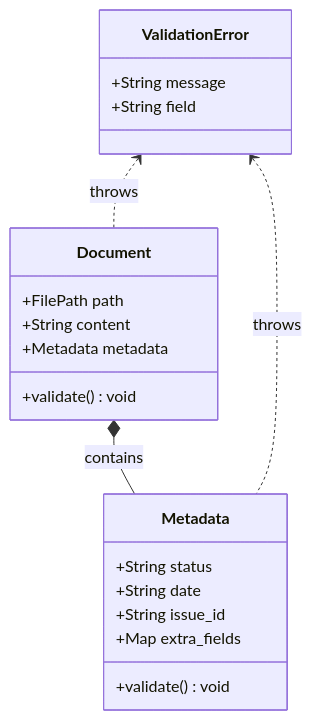
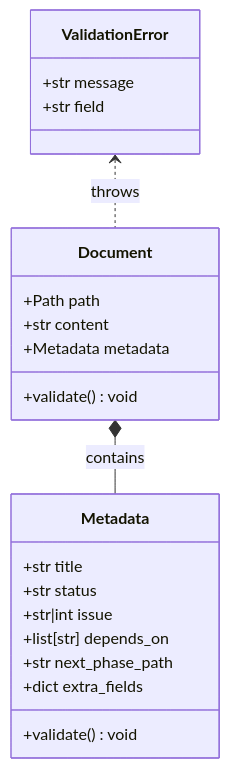
The diagram in docs/specs/data/document_model.md (masa-codehub/issue_creator_kit), drawn with Mermaid before and after one commit. The commit also changed other lines of this file, not shown here.

Commit message:
docs(spec): update document domain model for ADR-003 metadata management

````diff
--- a/docs/specs/data/document_model.md
+++ b/docs/specs/data/document_model.md
@@ -14,24 +10,25 @@
 ```mermaid
 classDiagram
     class Document {
-        +FilePath path
-        +String content
+        +Path path
+        +str content
         +Metadata metadata
         +validate() void
     }
     class Metadata {
-        +String status
-        +String date
-        +String issue_id
-        +Map extra_fields
+        +str title
+        +str status
+        +str|int issue
+        +list[str] depends_on
+        +str next_phase_path
+        +dict extra_fields
         +validate() void
     }
     class ValidationError {
-        +String message
-        +String field
+        +str message
+        +str field
     }
 
     Document *-- Metadata : contains
     ValidationError <.. Document : throws
-    ValidationError <.. Metadata : throws
 ```
````
